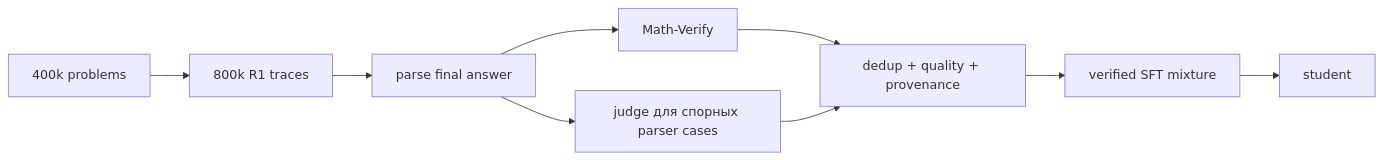
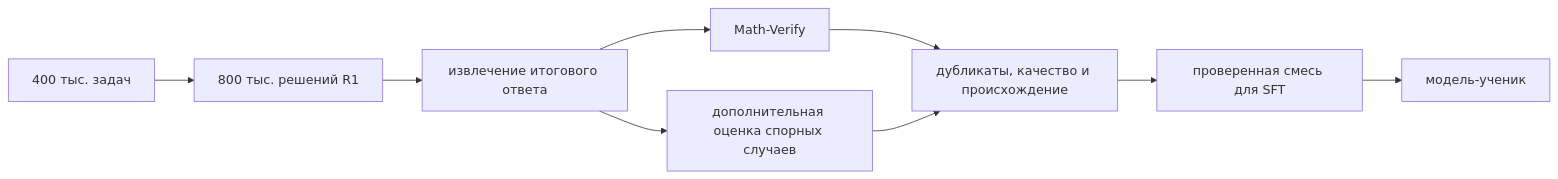
One commit to alpotekhin/bookvar changed the second of 2 diagrams in 00 Учебник/12 Post-training и Alignment/08 Reasoning distillation.md. Above: the diagram before and after it, drawn with Mermaid. The commit also changed other lines of this file and 58 other files, not shown here.

````diff
--- a/00 Учебник/12 Post-training и Alignment/08 Reasoning distillation.md
+++ b/00 Учебник/12 Post-training и Alignment/08 Reasoning distillation.md
@@ -152,11 +157,11 @@
 ```mermaid
 flowchart LR
-    P["400k problems"] --> G["800k R1 traces"]
-    G --> PAR["parse final answer"]
+    P["400 тыс. задач"] --> G["800 тыс. решений R1"]
+    G --> PAR["извлечение итогового ответа"]
     PAR --> MV["Math-Verify"]
-    PAR --> J["judge для спорных parser cases"]
-    MV --> D["dedup + quality + provenance"]
+    PAR --> J["дополнительная оценка спорных случаев"]
+    MV --> D["дубликаты, качество и происхождение"]
     J --> D
-    D --> F["verified SFT mixture"]
-    F --> S["student"]
+    D --> F["проверенная смесь для SFT"]
+    F --> S["модель-ученик"]
 ```
````
